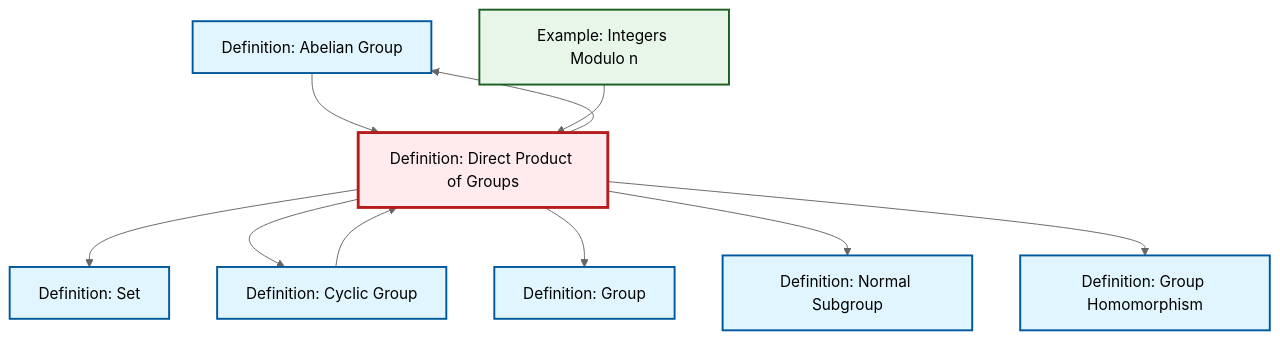
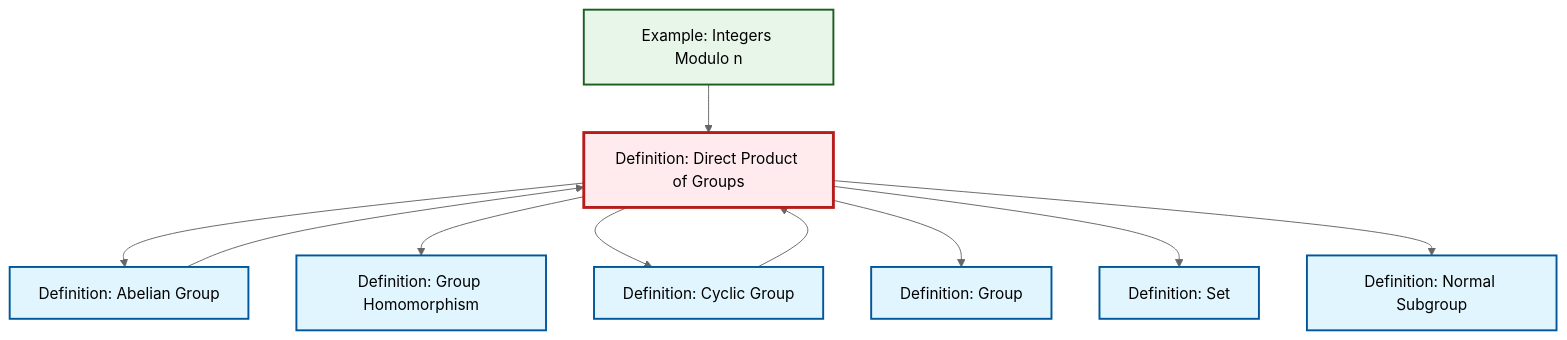
One commit to RK0429/ModernMath changed the diagram in content/ja/algebra/def-direct-product.qmd. Above: the diagram before and after it, drawn with Mermaid (neutral theme). The commit also changed other lines of this file and 497 other files, not shown here.

````diff
--- a/content/ja/algebra/def-direct-product.qmd
+++ b/content/ja/algebra/def-direct-product.qmd
@@ -25,34 +25,34 @@
 ```{mermaid}
 %%| fig-cap: "Local dependency graph"
 graph TD
     classDef definition fill:#e1f5fe,stroke:#01579b,stroke-width:2px
     classDef theorem fill:#f3e5f5,stroke:#4a148c,stroke-width:2px
     classDef axiom fill:#fff3e0,stroke:#e65100,stroke-width:2px
     classDef example fill:#e8f5e9,stroke:#1b5e20,stroke-width:2px
     classDef current fill:#ffebee,stroke:#b71c1c,stroke-width:3px
     def-normal-subgroup["Definition: Normal Subgroup"]:::definition
+    def-homomorphism["Definition: Group Homomorphism"]:::definition
+    def-set["Definition: Set"]:::definition
+    ex-quotient-integers-mod-n["Example: Integers Modulo n"]:::example
+    def-cyclic-group["Definition: Cyclic Group"]:::definition
+    def-group["Definition: Group"]:::definition
     def-abelian-group["Definition: Abelian Group"]:::definition
-    def-homomorphism["Definition: Group Homomorphism"]:::definition
-    ex-quotient-integers-mod-n["Example: Integers Modulo n"]:::example
-    def-set["Definition: Set"]:::definition
-    def-cyclic-group["Definition: Cyclic Group"]:::definition
     def-direct-product["Definition: Direct Product of Groups"]:::definition
-    def-group["Definition: Group"]:::definition
+    def-direct-product --> def-abelian-group
+    ex-quotient-integers-mod-n --> def-direct-product
+    def-abelian-group --> def-direct-product
+    def-direct-product --> def-homomorphism
+    def-direct-product --> def-cyclic-group
+    def-direct-product --> def-group
     def-direct-product --> def-set
-    def-abelian-group --> def-direct-product
-    def-direct-product --> def-cyclic-group
-    ex-quotient-integers-mod-n --> def-direct-product
     def-cyclic-group --> def-direct-product
-    def-direct-product --> def-group
-    def-direct-product --> def-abelian-group
     def-direct-product --> def-normal-subgroup
-    def-direct-product --> def-homomorphism
     class def-direct-product current
     click def-normal-subgroup "def-normal-subgroup.html" "Definition: Normal Subgroupへ"
-    click def-abelian-group "def-abelian-group.html" "Definition: Abelian Groupへ"
     click def-homomorphism "def-homomorphism.html" "Definition: Group Homomorphismへ"
+    click def-set "def-set.html" "Definition: Setへ"
     click ex-quotient-integers-mod-n "ex-quotient-integers-mod-n.html" "Example: Integers Modulo nへ"
-    click def-set "def-set.html" "Definition: Setへ"
     click def-cyclic-group "def-cyclic-group.html" "Definition: Cyclic Groupへ"
     click def-group "def-group.html" "Definition: Groupへ"
+    click def-abelian-group "def-abelian-group.html" "Definition: Abelian Groupへ"
 ```
````
